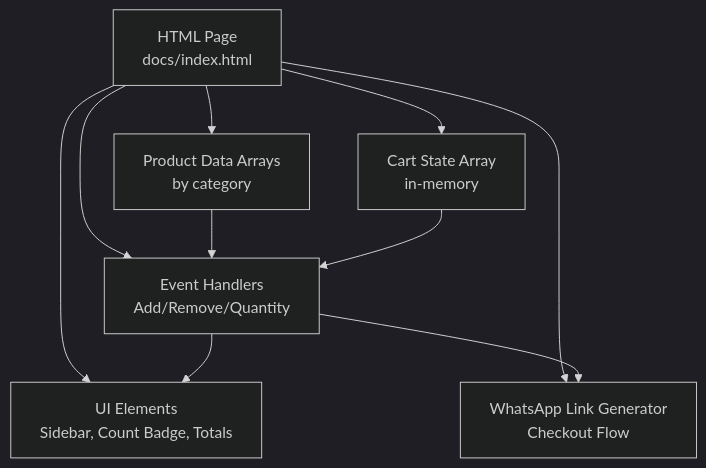
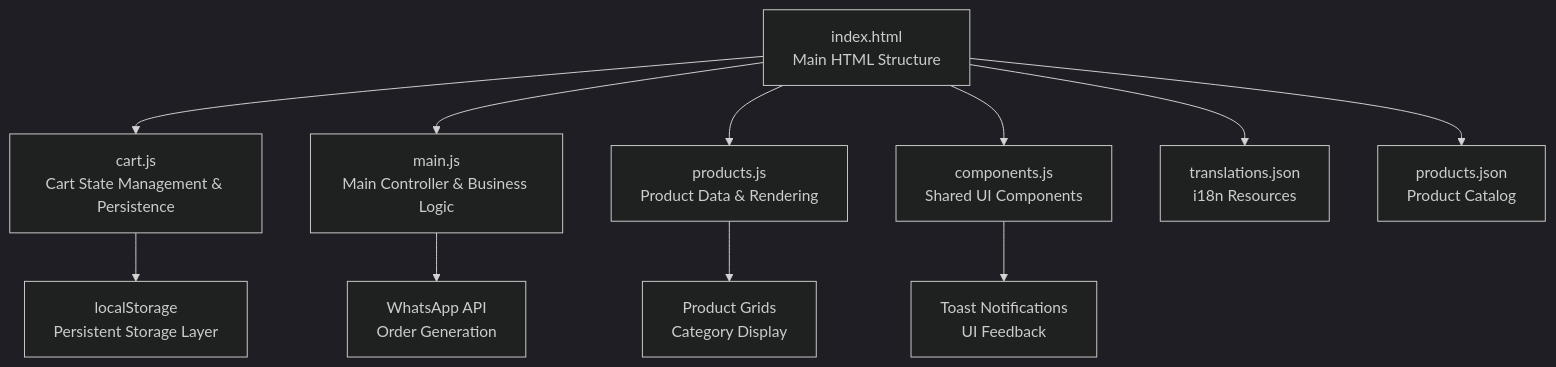
Before and after one commit to queenflowerhk/queenflowerhk.github.io: the first of 3 diagrams in .qoder/repowiki/en/content/Shopping Cart Implementation.md, drawn with Mermaid (dark theme). The commit also changed other lines of this file and 36 other files, not shown here.

````diff
--- a/.qoder/repowiki/en/content/Shopping Cart Implementation.md
+++ b/.qoder/repowiki/en/content/Shopping Cart Implementation.md
@@ -38,12 +51,13 @@
 ```mermaid
 graph TB
-A["HTML Page<br/>docs/index.html"] --> B["Product Data Arrays<br/>by category"]
-A --> C["Cart State Array<br/>in-memory"]
-A --> D["UI Elements<br/>Sidebar, Count Badge, Totals"]
-A --> E["Event Handlers<br/>Add/Remove/Quantity"]
-A --> F["WhatsApp Link Generator<br/>Checkout Flow"]
-B --> E
-C --> E
-E --> D
-E --> F
+A["index.html<br/>Main HTML Structure"] --> B["cart.js<br/>Cart State Management & Persistence"]
+A --> C["main.js<br/>Main Controller & Business Logic"]
+A --> D["products.js<br/>Product Data & Rendering"]
+A --> E["components.js<br/>Shared UI Components"]
+A --> F["translations.json<br/>i18n Resources"]
+A --> G["products.json<br/>Product Catalog"]
+B --> H["localStorage<br/>Persistent Storage Layer"]
+C --> I["WhatsApp API<br/>Order Generation"]
+D --> J["Product Grids<br/>Category Display"]
+E --> K["Toast Notifications<br/>UI Feedback"]
 ```
````
